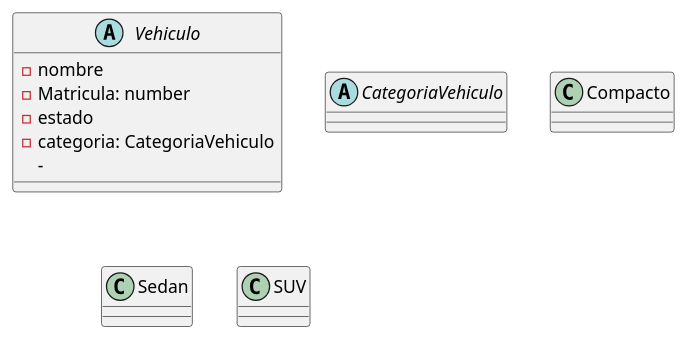
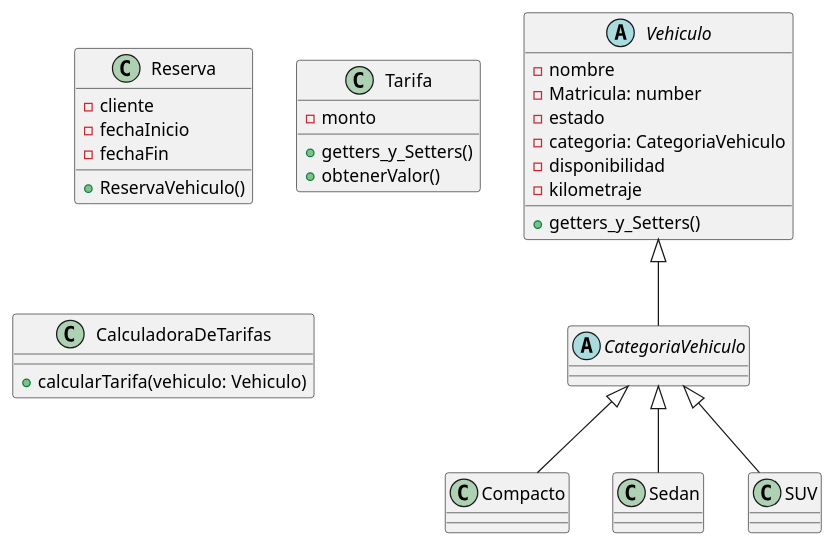
Before and after one commit to diegolacosta02/TP-Programacion-II: the diagram in diagramas/diagrama.puml, drawn with PlantUML.

Commit message:
Se agregan mas clases

```diff
--- a/diagramas/diagrama.puml
+++ b/diagramas/diagrama.puml
@@ -1,20 +1,37 @@
 @startuml Trabajo Practico Alquiler de Autos
 
     abstract class Vehiculo{
         - nombre
         - Matricula: number
         - estado
         - categoria: CategoriaVehiculo
-        - 
+        - disponibilidad
+        - kilometraje
+
+        + getters_y_Setters()
     }
 
-    abstract class CategoriaVehiculo{
+    abstract class CategoriaVehiculo extends Vehiculo{
     }
 
-    class Compacto{}
-    class Sedan{}
-    class SUV{}
+    class Compacto extends CategoriaVehiculo{}
+    class Sedan extends CategoriaVehiculo{}
+    class SUV extends CategoriaVehiculo{}
 
+    class Reserva{
+        - cliente
+        - fechaInicio
+        - fechaFin
+        + ReservaVehiculo()
+    }
 
+    class Tarifa{
+        - monto
+        + getters_y_Setters()
+        + obtenerValor()
+    }
+    class CalculadoraDeTarifas{
+            + calcularTarifa(vehiculo: Vehiculo)
+    }
 
 @enduml
```
